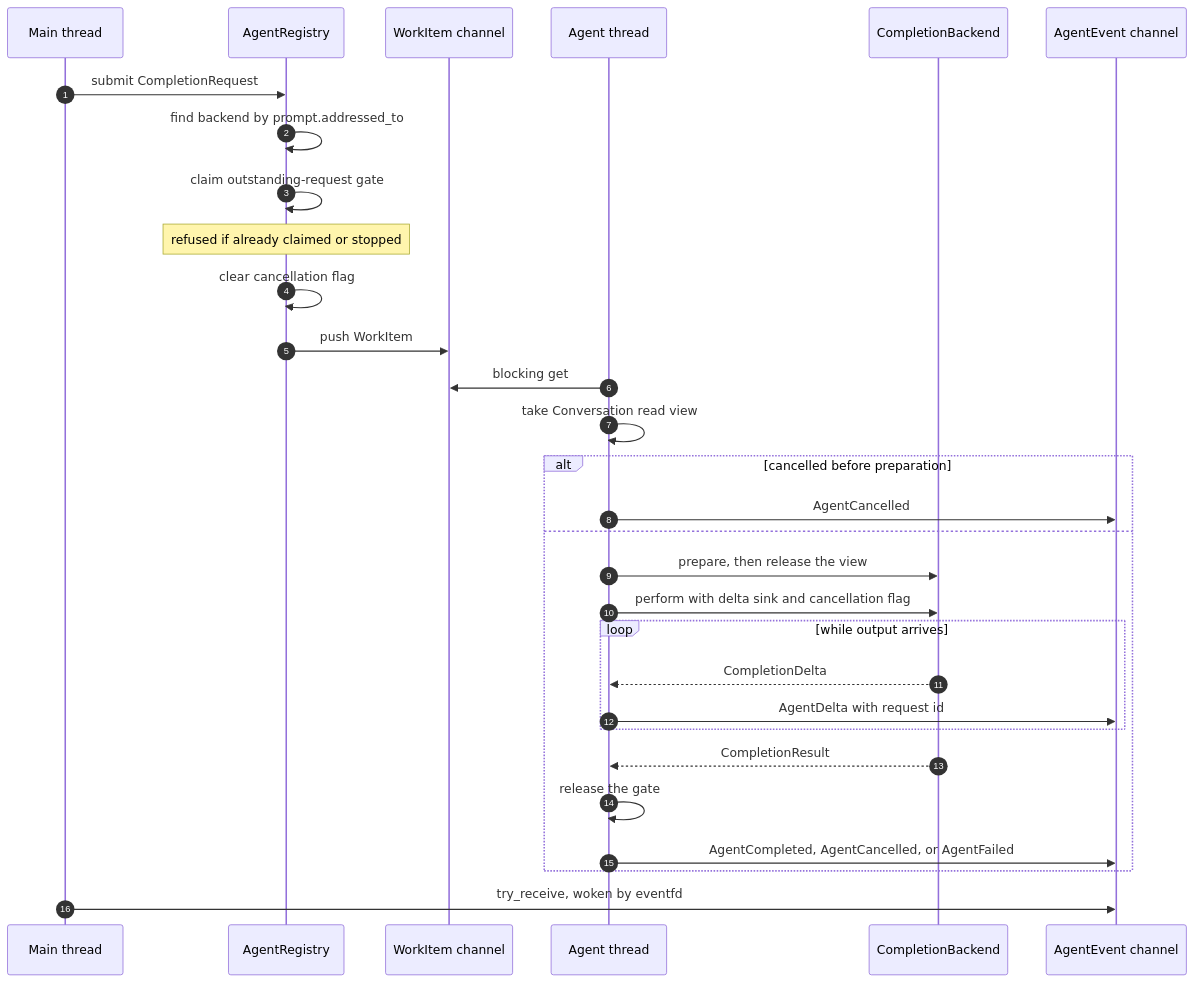
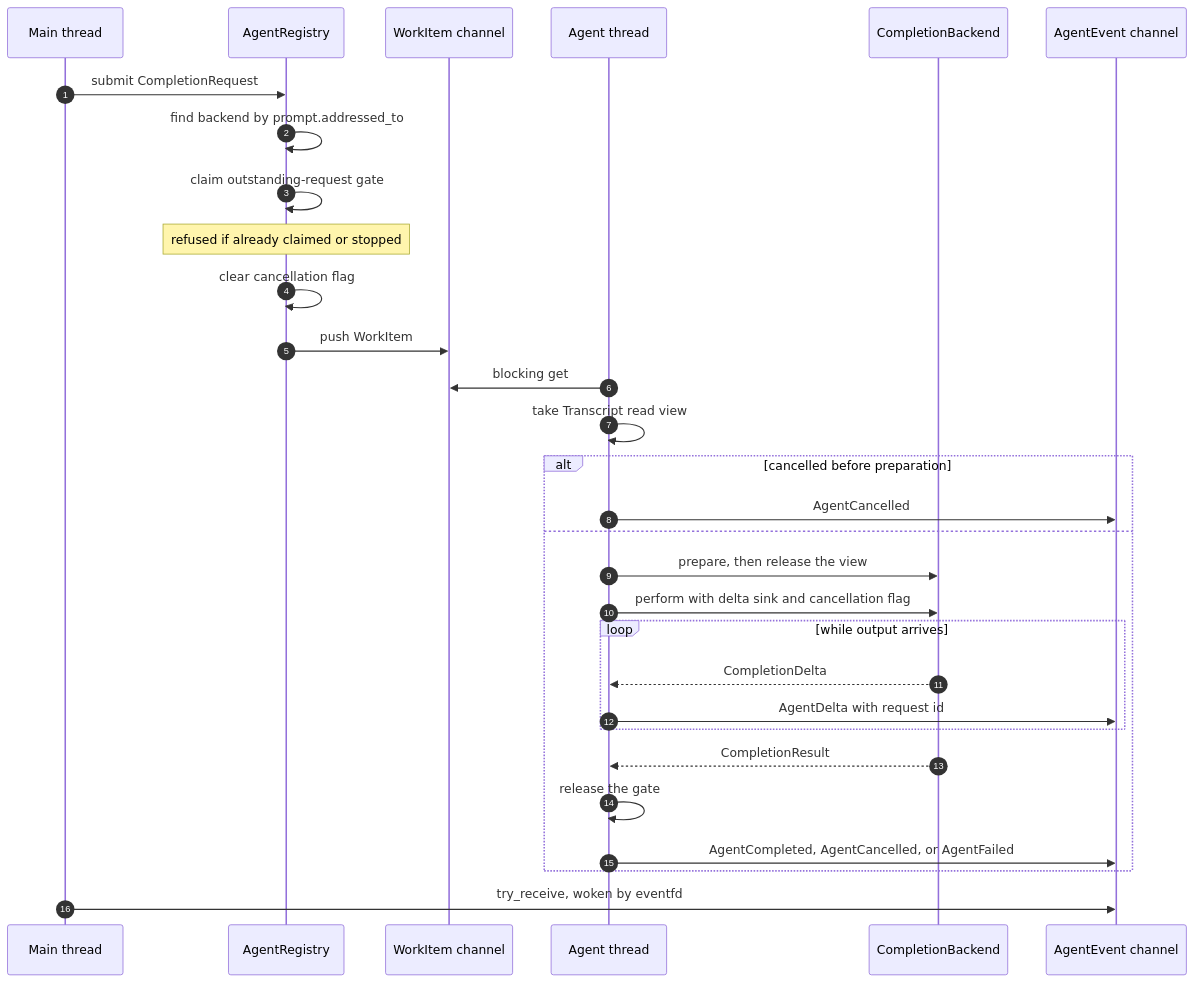
The third of 5 diagrams in src/agents/README.md (michaelpopov/cha), drawn with Mermaid before and after one commit. The commit also changed other lines of this file and 48 other files, not shown here.

````diff
--- a/src/agents/README.md
+++ b/src/agents/README.md
@@ -82,33 +82,33 @@
 ```mermaid
 sequenceDiagram
     autonumber
     participant M as Main thread
     participant R as AgentRegistry
     participant Q as WorkItem channel
     participant W as Agent thread
     participant B as CompletionBackend
     participant E as AgentEvent channel
 
     M->>R: submit CompletionRequest
     R->>R: find backend by prompt.addressed_to
     R->>R: claim outstanding-request gate
     Note over R: refused if already claimed or stopped
     R->>R: clear cancellation flag
     R->>Q: push WorkItem
     W->>Q: blocking get
-    W->>W: take Conversation read view
+    W->>W: take Transcript read view
     alt cancelled before preparation
         W->>E: AgentCancelled
     else
         W->>B: prepare, then release the view
         W->>B: perform with delta sink and cancellation flag
         loop while output arrives
             B-->>W: CompletionDelta
             W->>E: AgentDelta with request id
         end
         B-->>W: CompletionResult
         W->>W: release the gate
         W->>E: AgentCompleted, AgentCancelled, or AgentFailed
     end
     M->>E: try_receive, woken by eventfd
 ```
````
